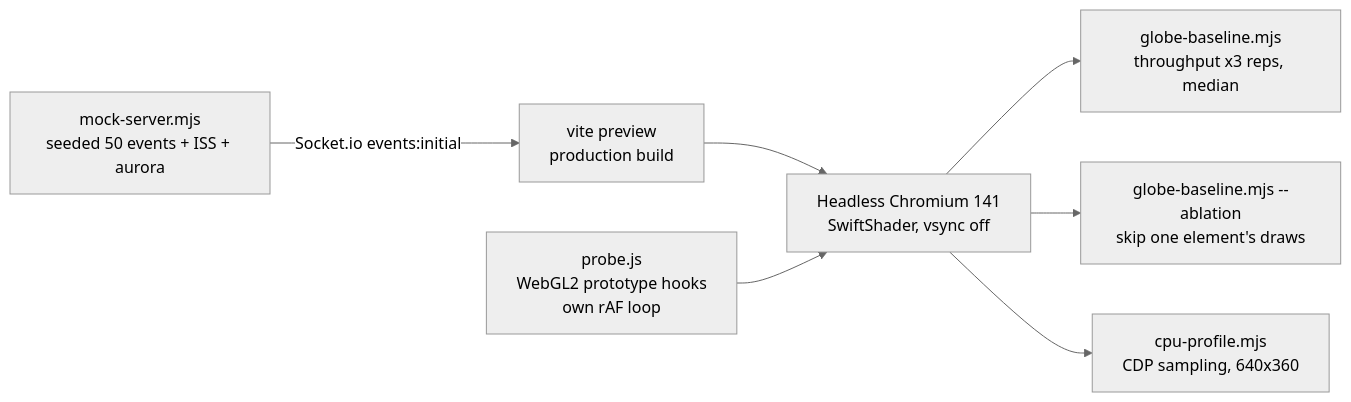
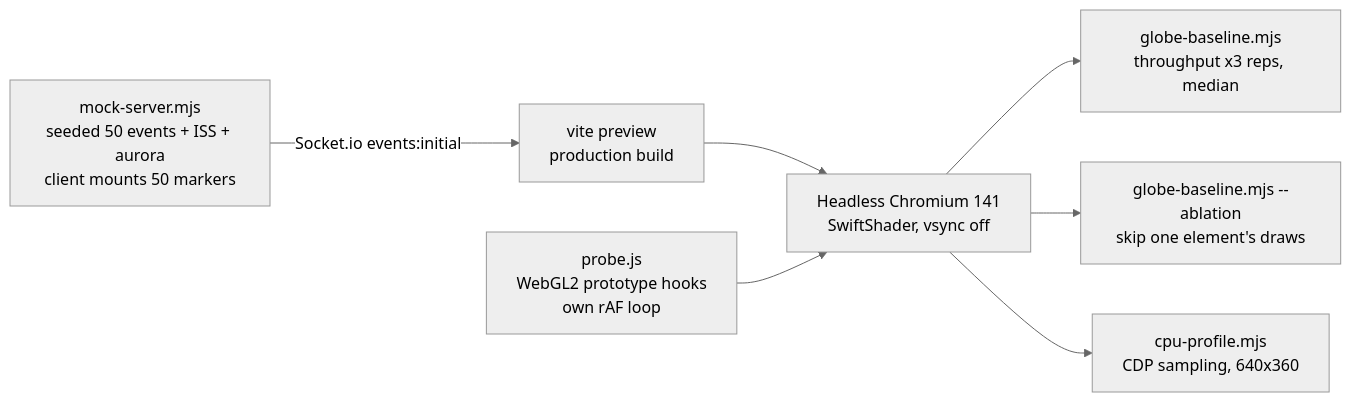
One commit to dadadan23/world-pulse changed the second of 3 diagrams in docs/specs/SPEC-384.md. Above: the diagram before and after it, drawn with Mermaid (neutral theme). The commit also changed other lines of this file and 5 other files, not shown here.

````diff
--- a/docs/specs/SPEC-384.md
+++ b/docs/specs/SPEC-384.md
@@ -80,9 +80,9 @@
 ```mermaid
 flowchart LR
-  M[mock-server.mjs<br/>seeded 50 events + ISS + aurora] -->|Socket.io events:initial| A[vite preview<br/>production build]
+  M[mock-server.mjs<br/>seeded 50 events + ISS + aurora<br/>client mounts 50 markers] -->|Socket.io events:initial| A[vite preview<br/>production build]
   A --> C[Headless Chromium 141<br/>SwiftShader, vsync off]
   P[probe.js<br/>WebGL2 prototype hooks<br/>own rAF loop] --> C
   C --> R1[globe-baseline.mjs<br/>throughput x3 reps, median]
   C --> R2[globe-baseline.mjs --ablation<br/>skip one element's draws]
   C --> R3[cpu-profile.mjs<br/>CDP sampling, 640x360]
 ```
````
